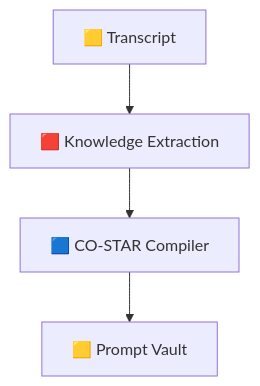
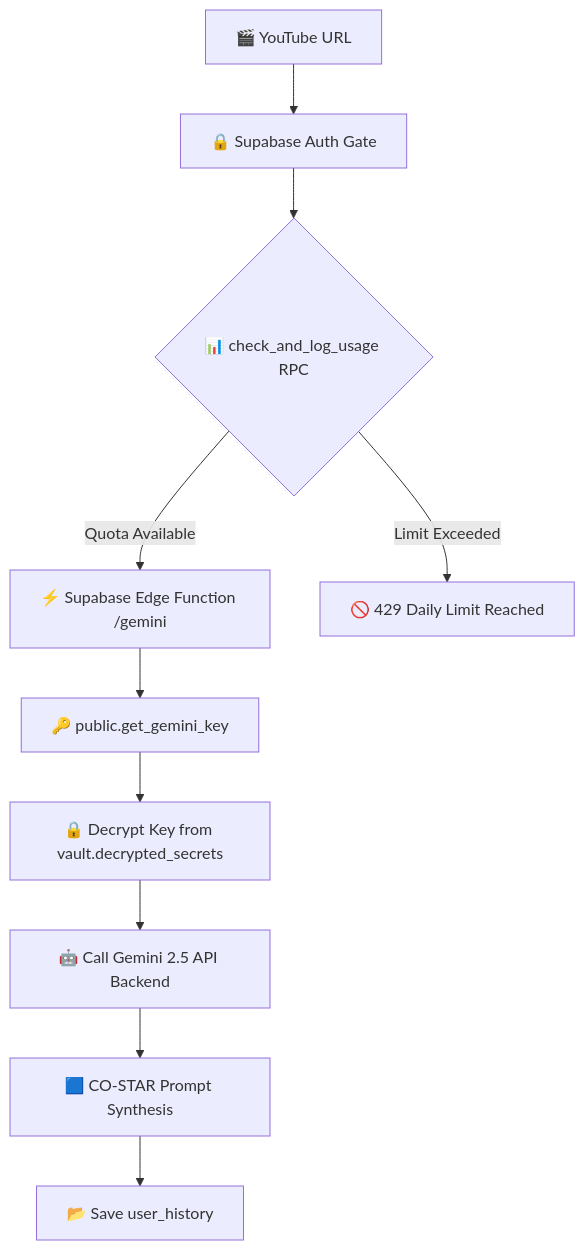
Before and after one commit to makhalidsh/promptube: the diagram in README.md, drawn with Mermaid. The commit also changed other lines of this file and 1 other file, not shown here.

Commit message:
docs: update README with navigation links, Pro vs Free comparison, and schema.sql definitions

````diff
--- a/README.md
+++ b/README.md
@@ -51,11 +67,12 @@
 ```mermaid
 flowchart TD
-    A[🟨 Transcript]
-    B[🟥 Knowledge Extraction]
-    C[🟦 CO-STAR Compiler]
-    D[🟨 Prompt Vault]
-
-    A --> B
-    B --> C
-    C --> D
+    A[🎬 YouTube URL] --> B[🔒 Supabase Auth Gate]
+    B --> C{📊 check_and_log_usage RPC}
+    C -- Quota Available --> D[⚡ Supabase Edge Function /gemini]
+    C -- Limit Exceeded --> E[🚫 429 Daily Limit Reached]
+    D --> F[🔑 public.get_gemini_key]
+    F --> G[🔒 Decrypt Key from vault.decrypted_secrets]
+    G --> H[🤖 Call Gemini 2.5 API Backend]
+    H --> I[🟦 CO-STAR Prompt Synthesis]
+    I --> J[📂 Save user_history]
 ```
````
